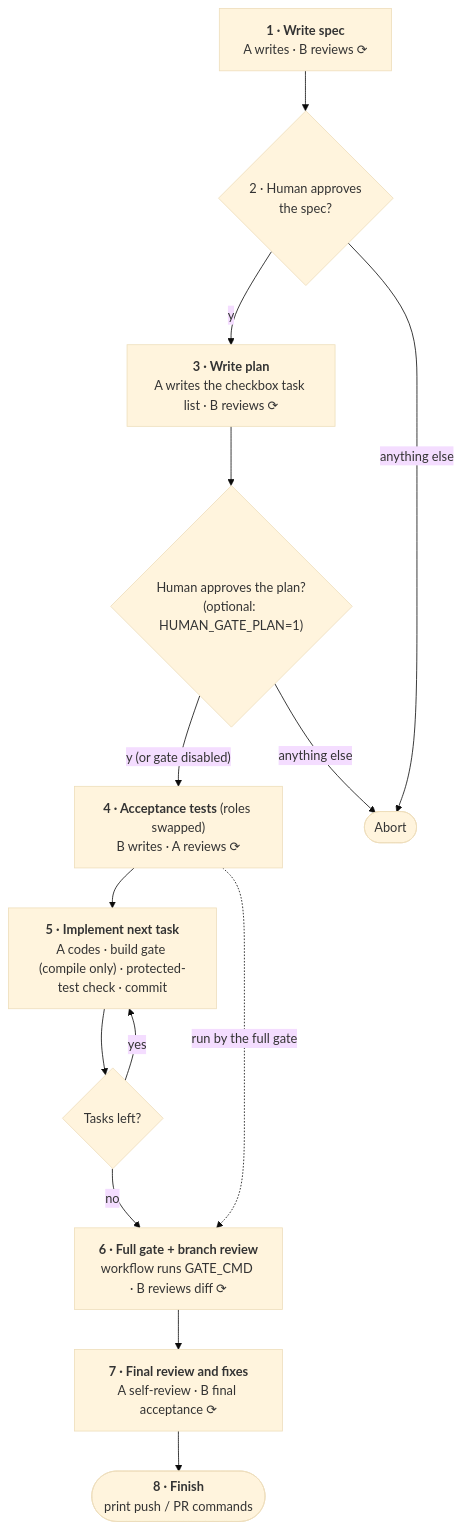
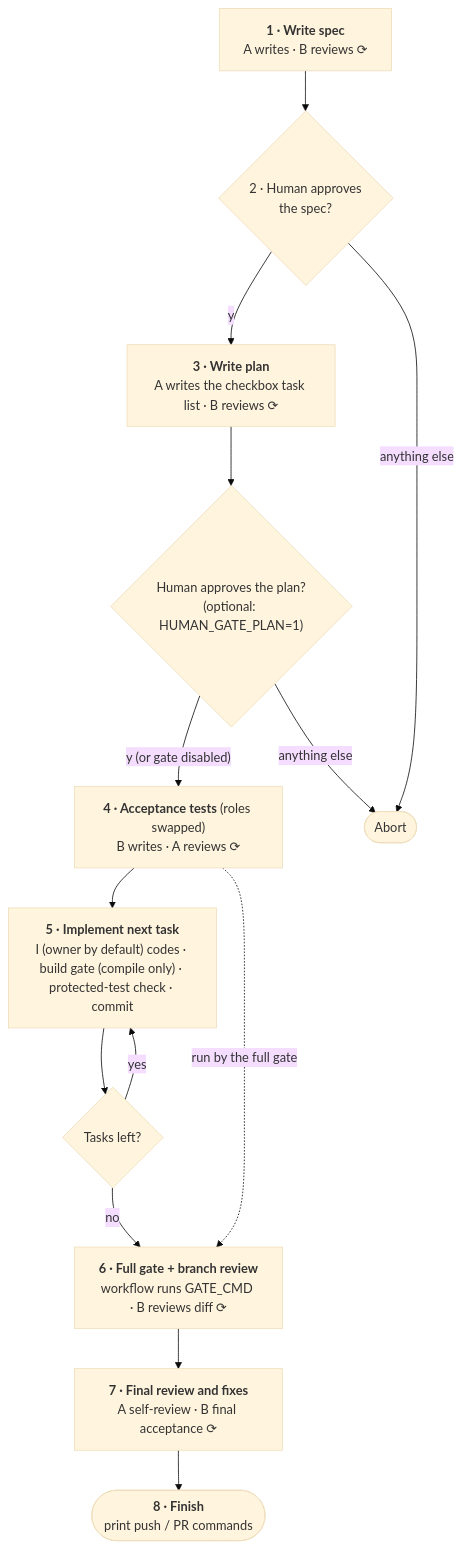
The first of 2 diagrams in README.md (yhchiu/adversarial-ai-coding), drawn with Mermaid (base theme) before and after one commit. The commit also changed other lines of this file and 2 other files, not shown here.

````diff
--- a/README.md
+++ b/README.md
@@ -32,25 +33,25 @@
 ```mermaid
 flowchart TD
     spec["<b>1 · Write spec</b><br/>A writes · B reviews ⟳"]
     gate{"2 · Human approves<br/>the spec?"}
     plan["<b>3 · Write plan</b><br/>A writes the checkbox task list · B reviews ⟳"]
     plangate{"Human approves the plan?<br/>(optional: HUMAN_GATE_PLAN=1)"}
     tests["<b>4 · Acceptance tests</b> (roles swapped)<br/>B writes · A reviews ⟳"]
-    task["<b>5 · Implement next task</b><br/>A codes · build gate (compile only) · protected-test check · commit"]
+    task["<b>5 · Implement next task</b><br/>I (owner by default) codes · build gate (compile only) · protected-test check · commit"]
     more{"Tasks left?"}
     branch["<b>6 · Full gate + branch review</b><br/>workflow runs GATE_CMD · B reviews diff ⟳"]
     final["<b>7 · Final review and fixes</b><br/>A self-review · B final acceptance ⟳"]
     fin(["<b>8 · Finish</b><br/>print push / PR commands"])
     abort(["Abort"])
 
     spec --> gate
     gate -- "y" --> plan
     gate -- "anything else" --> abort
     plan --> plangate
     plangate -- "y (or gate disabled)" --> tests
     plangate -- "anything else" --> abort
     tests --> task --> more
     more -- "yes" --> task
     more -- "no" --> branch --> final --> fin
     tests -. "run by the full gate" .-> branch
 ```
````
